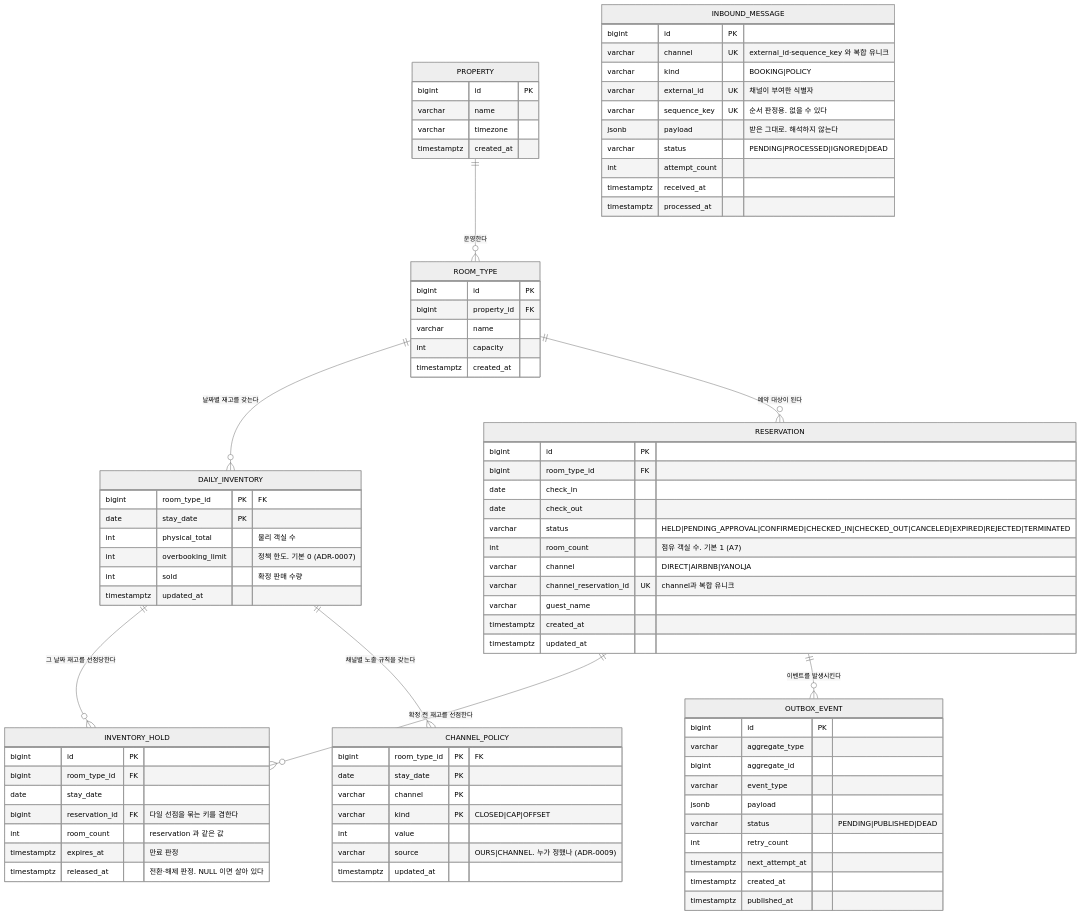
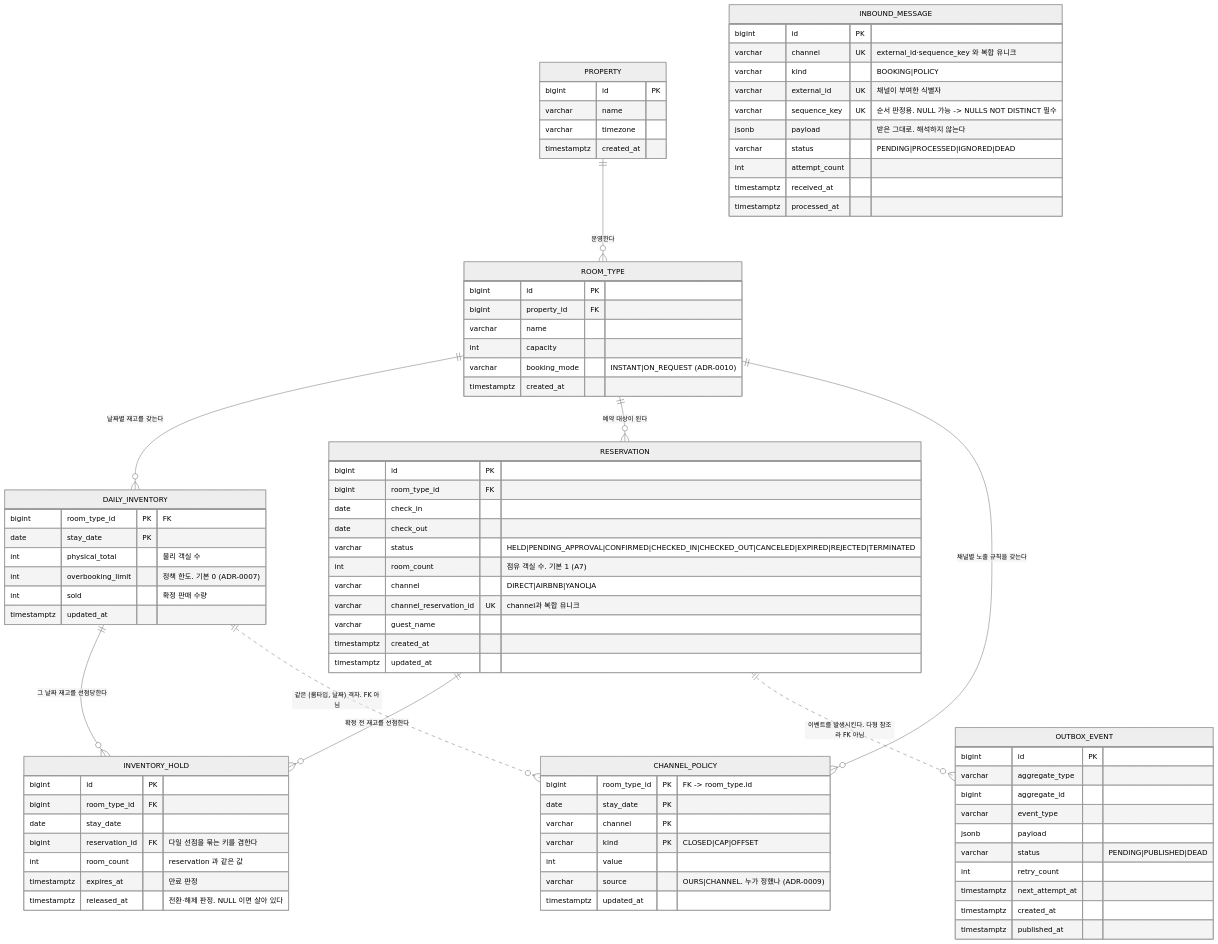
The first of 2 diagrams in docs/01-domain-model.md (PreAgile/stay-inventory-sync), drawn with Mermaid (neutral theme) before and after one commit. The commit also changed other lines of this file and 2 other files, not shown here.

First line of the commit message:
fix: inbound_message 유니크가 NULL 순서키에서 새는 것을 막는다

```diff
--- a/docs/01-domain-model.md
+++ b/docs/01-domain-model.md
@@ -8,9 +8,10 @@
     ROOM_TYPE ||--o{ DAILY_INVENTORY : "날짜별 재고를 갖는다"
     ROOM_TYPE ||--o{ RESERVATION : "예약 대상이 된다"
     RESERVATION ||--o{ INVENTORY_HOLD : "확정 전 재고를 선점한다"
-    RESERVATION ||--o{ OUTBOX_EVENT : "이벤트를 발생시킨다"
+    RESERVATION ||..o{ OUTBOX_EVENT : "이벤트를 발생시킨다. 다형 참조라 FK 아님"
+    ROOM_TYPE ||--o{ CHANNEL_POLICY : "채널별 노출 규칙을 갖는다"
     DAILY_INVENTORY ||--o{ INVENTORY_HOLD : "그 날짜 재고를 선점당한다"
-    DAILY_INVENTORY ||--o{ CHANNEL_POLICY : "채널별 노출 규칙을 갖는다"
+    DAILY_INVENTORY ||..o{ CHANNEL_POLICY : "같은 (룸타입, 날짜) 격자. FK 아님"
 
     PROPERTY {
         bigint   id PK
@@ -24,6 +25,7 @@
         bigint   property_id FK
         varchar  name
         int      capacity
+        varchar  booking_mode "INSTANT|ON_REQUEST (ADR-0010)"
         timestamptz created_at
     }
 
@@ -74,7 +76,7 @@
     }
 
     CHANNEL_POLICY {
-        bigint   room_type_id PK "FK"
+        bigint   room_type_id PK "FK -> room_type.id"
         date     stay_date    PK
         varchar  channel      PK
         varchar  kind         PK "CLOSED|CAP|OFFSET"
@@ -88,7 +90,7 @@
         varchar  channel      UK "external_id·sequence_key 와 복합 유니크"
         varchar  kind         "BOOKING|POLICY"
         varchar  external_id  UK "채널이 부여한 식별자"
-        varchar  sequence_key UK "순서 판정용. 없을 수 있다"
+        varchar  sequence_key UK "순서 판정용. NULL 가능 -> NULLS NOT DISTINCT 필수"
         jsonb    payload      "받은 그대로. 해석하지 않는다"
         varchar  status       "PENDING|PROCESSED|IGNORED|DEAD"
         int      attempt_count
```
